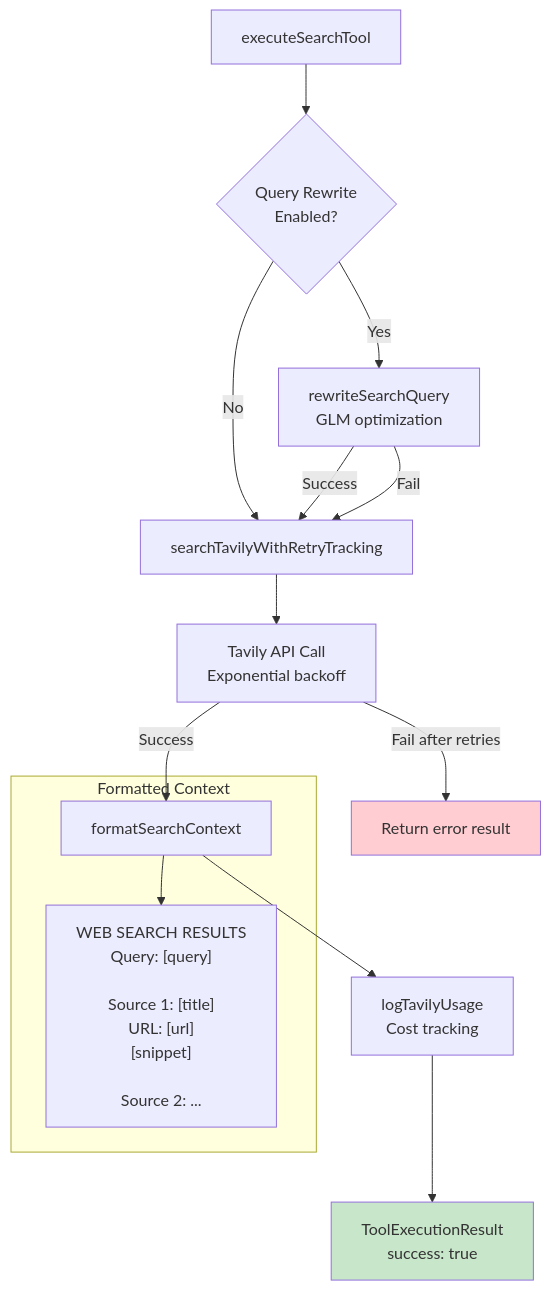
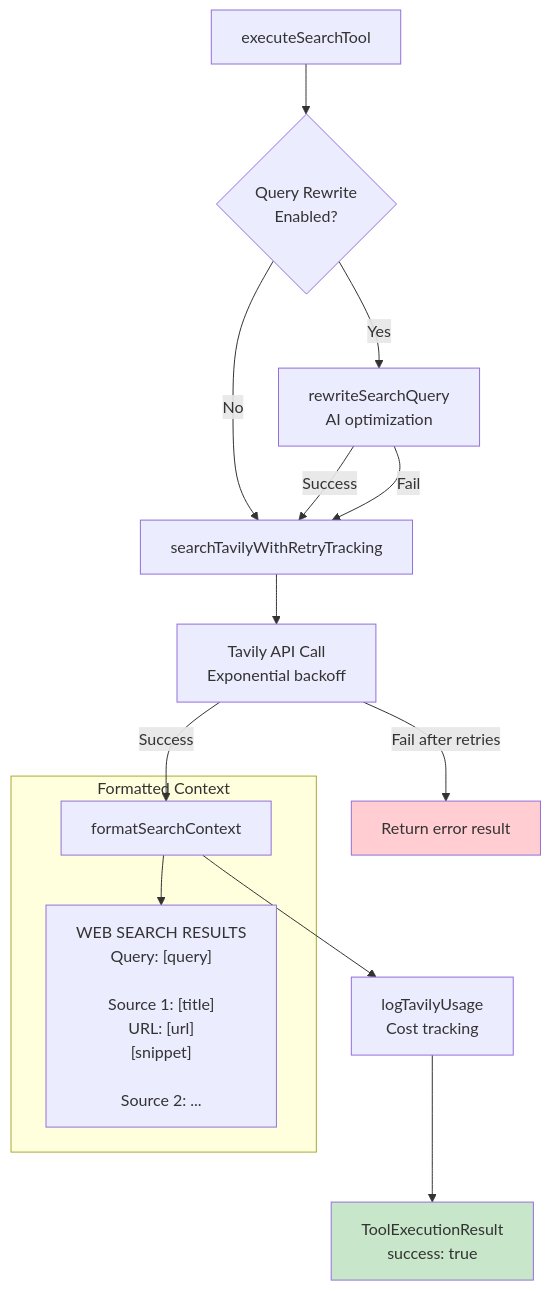
One commit to NickB03/vana changed the sixth of 11 diagrams in docs/TOOL_SYSTEM_DEEP_DIVE.md. Above: the diagram before and after it, drawn with Mermaid. The commit also changed other lines of this file and 44 other files, not shown here.

````diff
--- a/docs/TOOL_SYSTEM_DEEP_DIVE.md
+++ b/docs/TOOL_SYSTEM_DEEP_DIVE.md
@@ -211,34 +211,34 @@
 ```mermaid
 flowchart TB
     START[executeSearchTool] --> REWRITE{Query Rewrite<br/>Enabled?}
 
-    REWRITE -->|Yes| OPTIMIZE[rewriteSearchQuery<br/>GLM optimization]
+    REWRITE -->|Yes| OPTIMIZE[rewriteSearchQuery<br/>AI optimization]
     REWRITE -->|No| SEARCH
 
     OPTIMIZE -->|Success| SEARCH[searchTavilyWithRetryTracking]
     OPTIMIZE -->|Fail| SEARCH
 
     SEARCH --> TAVILY[Tavily API Call<br/>Exponential backoff]
 
     TAVILY -->|Success| FORMAT[formatSearchContext]
     TAVILY -->|Fail after retries| FAIL[Return error result]
 
     FORMAT --> LOG[logTavilyUsage<br/>Cost tracking]
     LOG --> RESULT[ToolExecutionResult<br/>success: true]
 
     subgraph "Formatted Context"
         FORMAT --> CTX["
         WEB SEARCH RESULTS
         Query: [query]
 
         Source 1: [title]
         URL: [url]
         [snippet]
 
         Source 2: ...
         "]
     end
 
     style FAIL fill:#ffcdd2
     style RESULT fill:#c8e6c9
 ```
````
